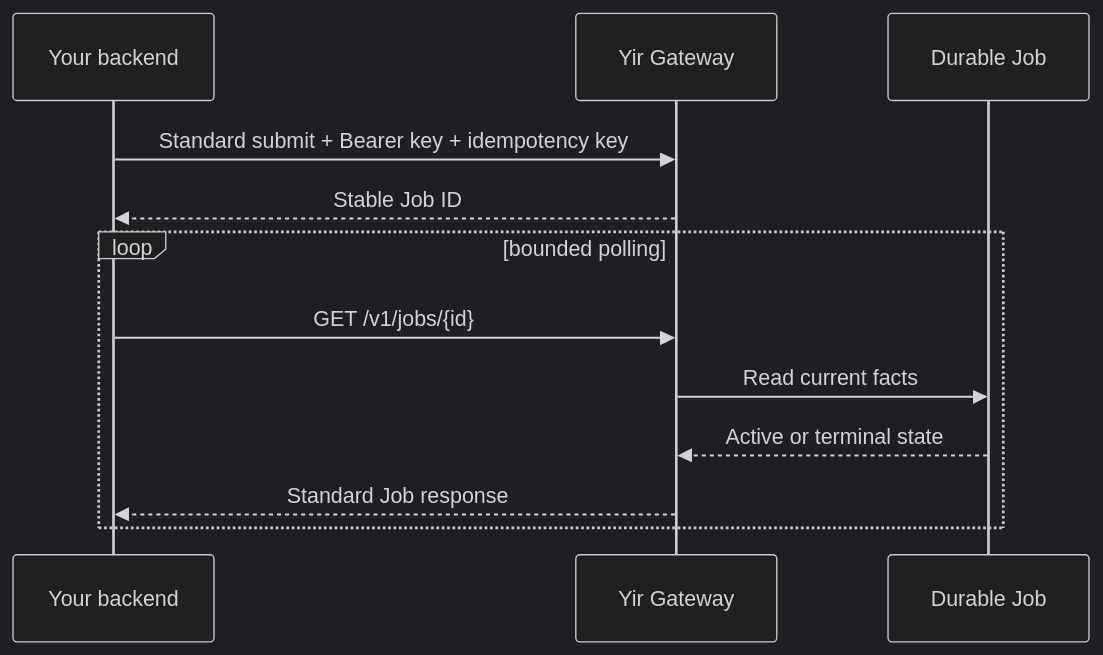
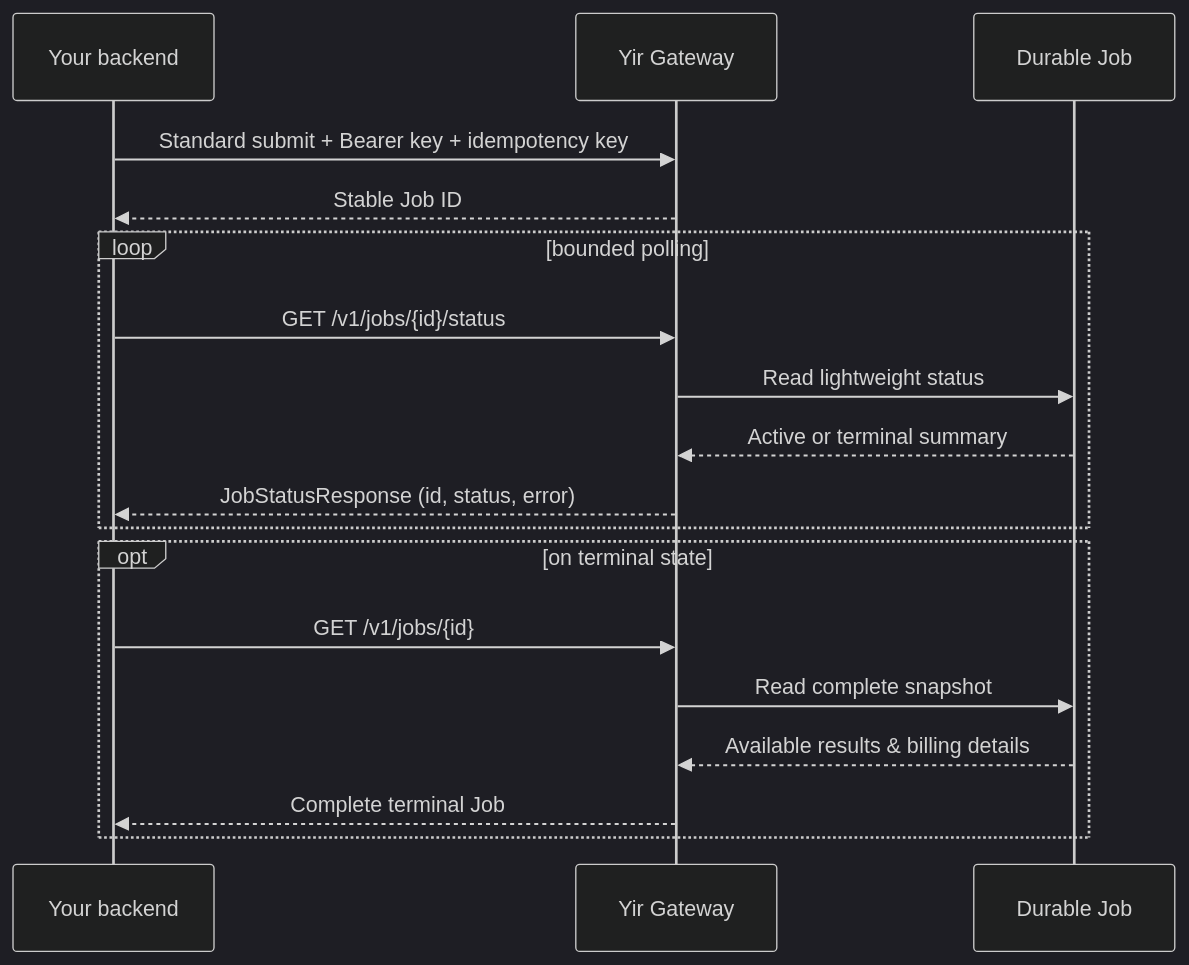
One commit to yir-ai/docs changed the diagram in docs/guides/production-integration.mdx. Above: the diagram before and after it, drawn with Mermaid (dark theme). The commit also changed other lines of this file and 9 other files, not shown here.

Commit message:
docs(jobs): document lightweight status polling and recovery

````diff
--- a/docs/guides/production-integration.mdx
+++ b/docs/guides/production-integration.mdx
@@ -105,14 +105,20 @@
 ```mermaid
 sequenceDiagram
   participant App as Your backend
   participant Yir as Yir Gateway
   participant Job as Durable Job
   App->>Yir: Standard submit + Bearer key + idempotency key
   Yir-->>App: Stable Job ID
   loop bounded polling
+    App->>Yir: GET /v1/jobs/{id}/status
+    Yir->>Job: Read lightweight status
+    Job-->>Yir: Active or terminal summary
+    Yir-->>App: JobStatusResponse (id, status, error)
+  end
+  opt on terminal state
     App->>Yir: GET /v1/jobs/{id}
-    Yir->>Job: Read current facts
-    Job-->>Yir: Active or terminal state
-    Yir-->>App: Standard Job response
+    Yir->>Job: Read complete snapshot
+    Job-->>Yir: Available results & billing details
+    Yir-->>App: Complete terminal Job
   end
 ```
````
